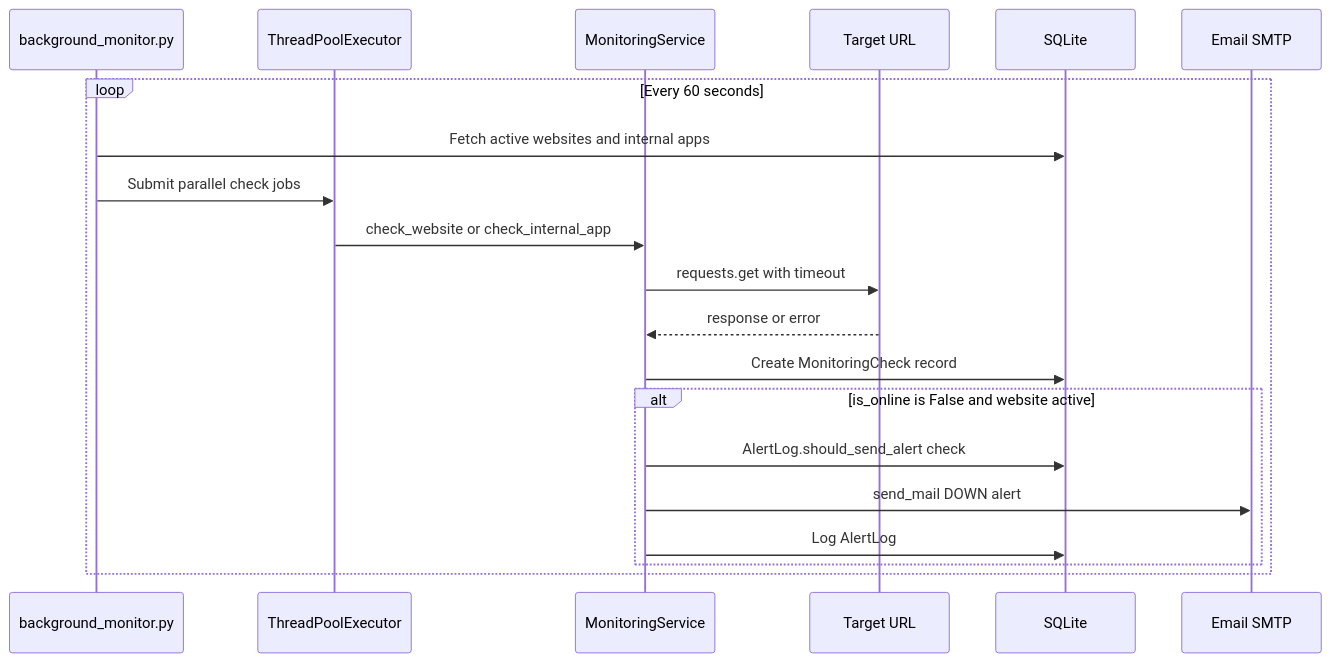
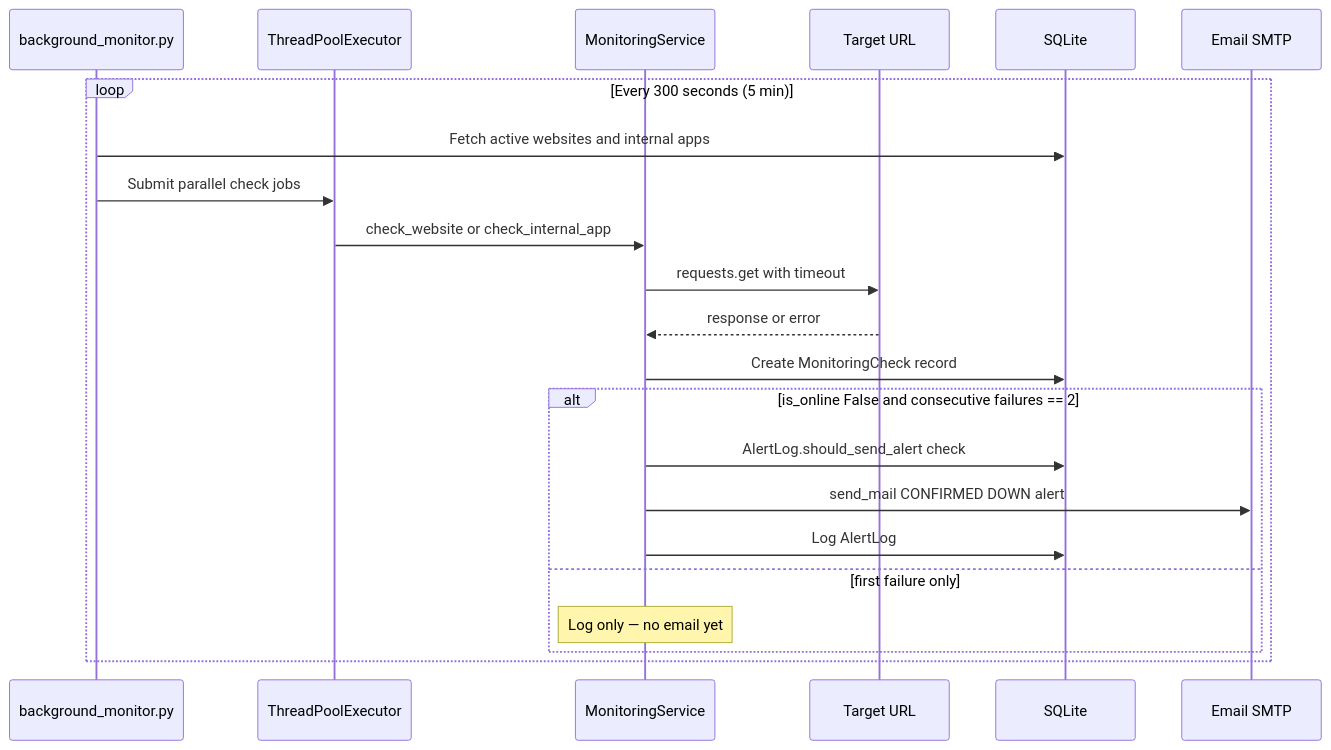
Before and after one commit to siva1252/Web_health_checker: the second of 2 diagrams in PROJECT_COMPLETE_GUIDE.md, drawn with Mermaid. The commit also changed other lines of this file and 5 other files, not shown here.

````diff
--- a/PROJECT_COMPLETE_GUIDE.md
+++ b/PROJECT_COMPLETE_GUIDE.md
@@ -260,23 +266,25 @@
 ```mermaid
 sequenceDiagram
     participant BG as background_monitor.py
     participant TPE as ThreadPoolExecutor
     participant MS as MonitoringService
     participant HTTP as Target URL
     participant DB as SQLite
     participant SMTP as Email SMTP
 
-    loop Every 60 seconds
+    loop Every 300 seconds (5 min)
         BG->>DB: Fetch active websites and internal apps
         BG->>TPE: Submit parallel check jobs
         TPE->>MS: check_website or check_internal_app
         MS->>HTTP: requests.get with timeout
         HTTP-->>MS: response or error
         MS->>DB: Create MonitoringCheck record
-        alt is_online is False and website active
+        alt is_online False and consecutive failures == 2
             MS->>DB: AlertLog.should_send_alert check
-            MS->>SMTP: send_mail DOWN alert
+            MS->>SMTP: send_mail CONFIRMED DOWN alert
             MS->>DB: Log AlertLog
+        else first failure only
+            Note over MS: Log only — no email yet
         end
     end
 ```
````
